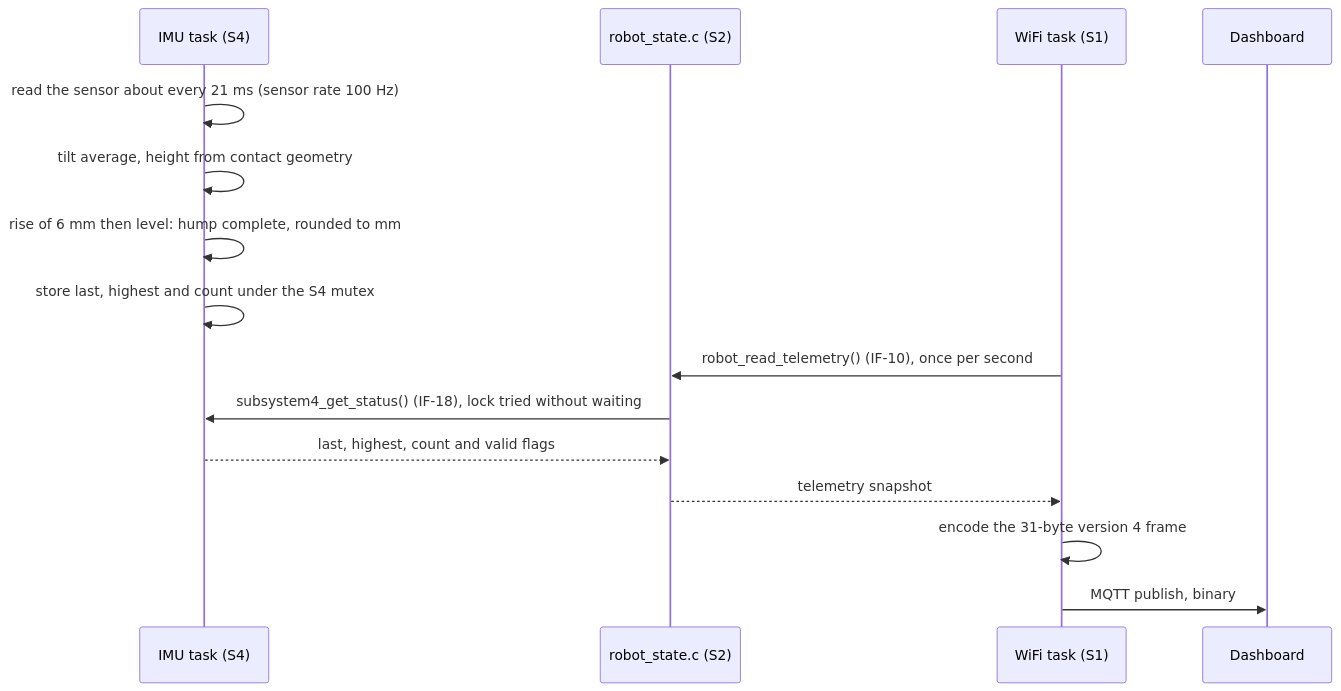
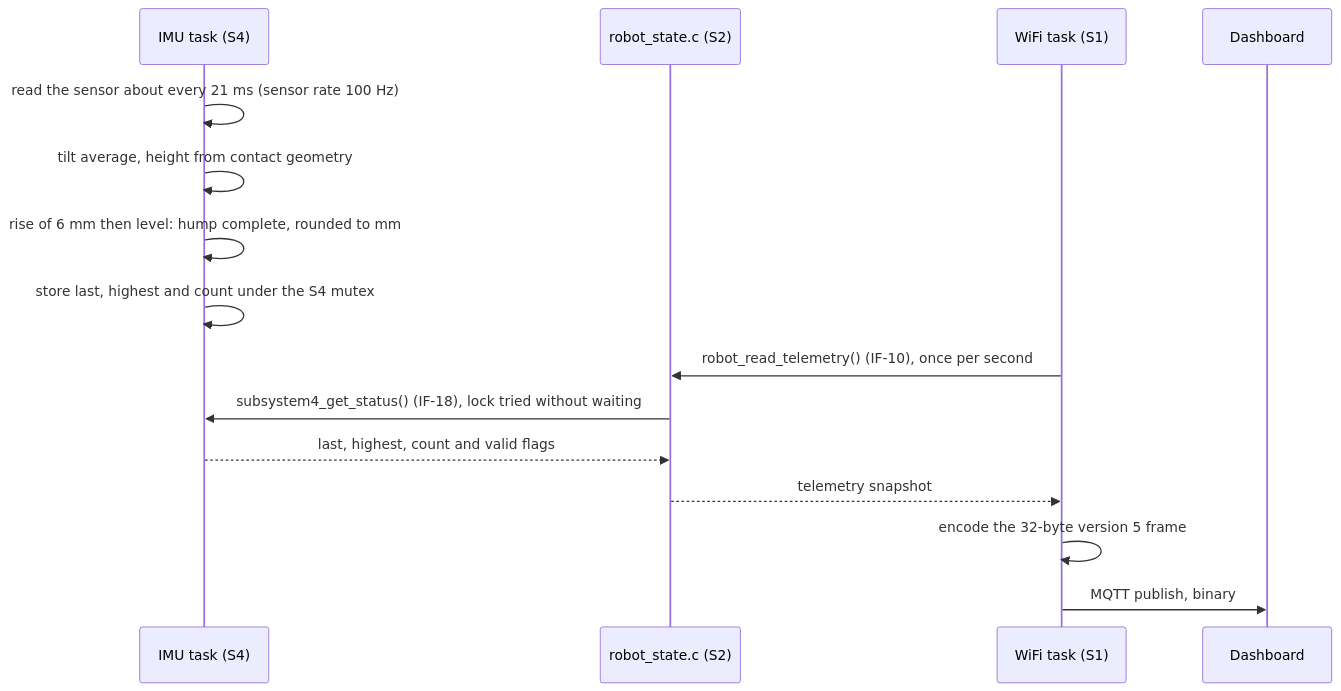
Before and after one commit to timothyckl/INF2004-P2-08-RobotCar: the seventh of 7 diagrams in docs/final_architecture.md, drawn with Mermaid. The commit also changed other lines of this file and 31 other files, not shown here.

````diff
--- a/docs/final_architecture.md
+++ b/docs/final_architecture.md
@@ -279,17 +279,17 @@
 ```mermaid
 sequenceDiagram
   participant I as IMU task (S4)
   participant R as robot_state.c (S2)
   participant W as WiFi task (S1)
   participant D as Dashboard
   I->>I: read the sensor about every 21 ms (sensor rate 100 Hz)
   I->>I: tilt average, height from contact geometry
   I->>I: rise of 6 mm then level: hump complete, rounded to mm
   I->>I: store last, highest and count under the S4 mutex
   W->>R: robot_read_telemetry() (IF-10), once per second
   R->>I: subsystem4_get_status() (IF-18), lock tried without waiting
   I-->>R: last, highest, count and valid flags
   R-->>W: telemetry snapshot
-  W->>W: encode the 31-byte version 4 frame
+  W->>W: encode the 32-byte version 5 frame
   W->>D: MQTT publish, binary
 ```
````
